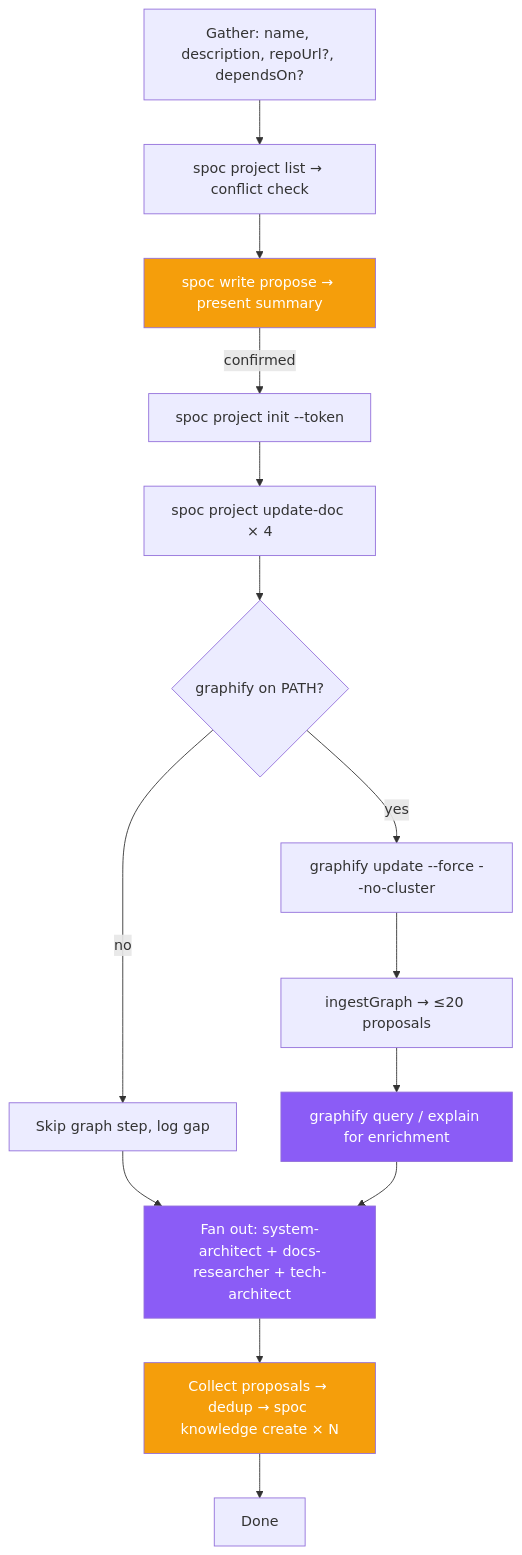
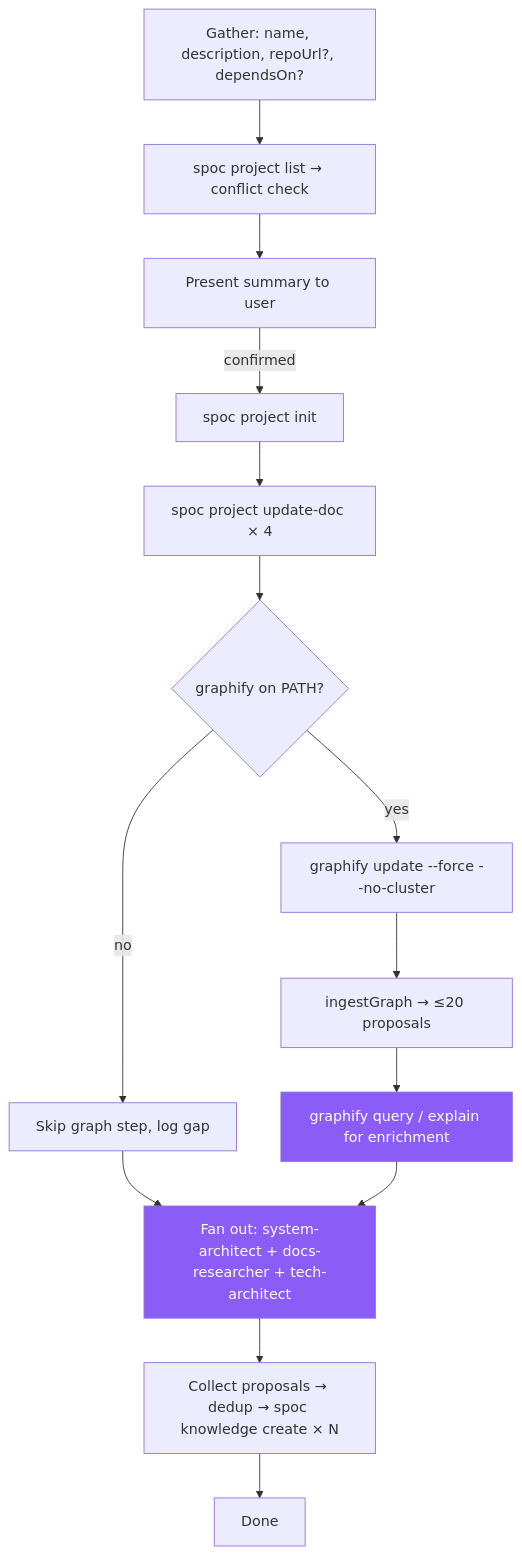
The diagram in skills/init-project.md (rryando/SPOC), drawn with Mermaid before and after one commit. The commit also changed other lines of this file and 29 other files, not shown here.

````diff
--- a/skills/init-project.md
+++ b/skills/init-project.md
@@ -14,18 +14,17 @@
 ```mermaid
 flowchart TD
-    classDef gate fill:#f59e0b,color:#fff
     classDef sub fill:#8b5cf6,color:#fff
 
     A[Gather: name, description, repoUrl?, dependsOn?] --> B[spoc project list → conflict check]
-    B --> C[spoc write propose → present summary]:::gate
-    C -->|confirmed| D[spoc project init --token]
+    B --> C[Present summary to user]
+    C -->|confirmed| D[spoc project init]
     D --> E[spoc project update-doc × 4]
     E --> F{graphify on PATH?}
     F -->|yes| G[graphify update --force --no-cluster]
     F -->|no| H[Skip graph step, log gap]
     G --> G2[ingestGraph → ≤20 proposals]
     G2 --> G3[graphify query / explain for enrichment]:::sub
     H & G3 --> I[Fan out: system-architect + docs-researcher + tech-architect]:::sub
-    I --> J[Collect proposals → dedup → spoc knowledge create × N]:::gate
+    I --> J[Collect proposals → dedup → spoc knowledge create × N]
     J --> K[Done]
 ```
````
